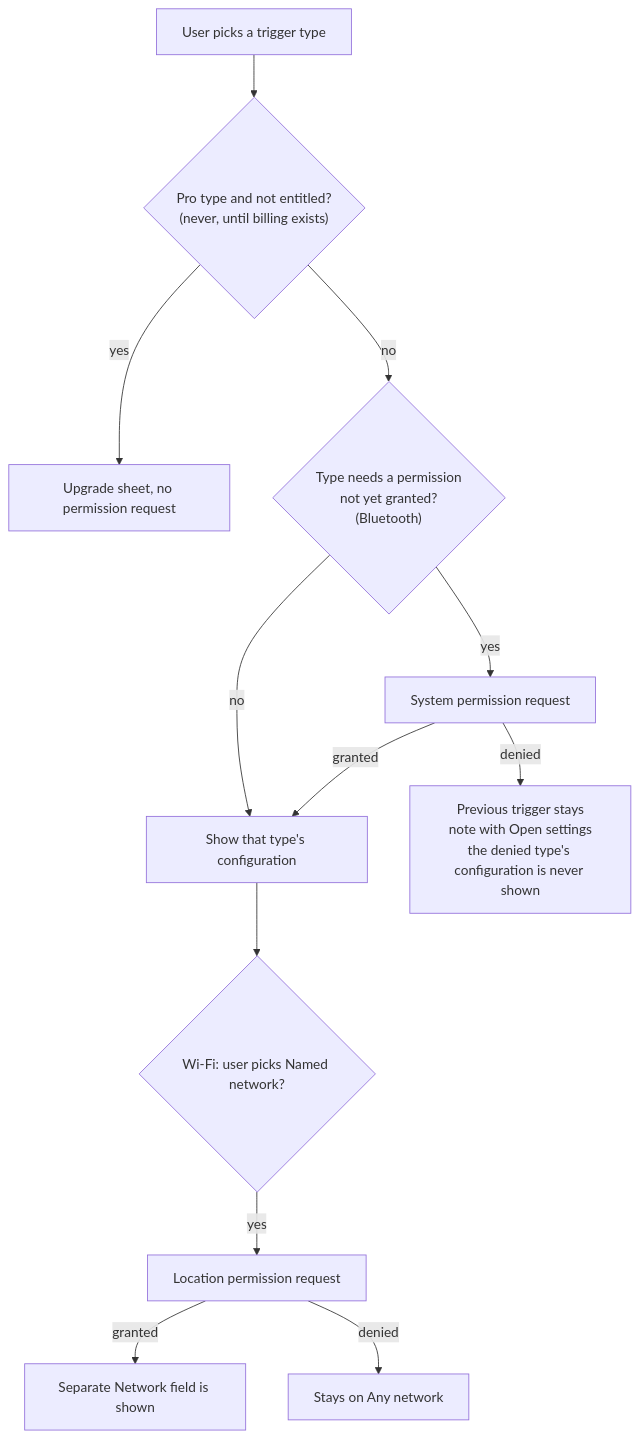
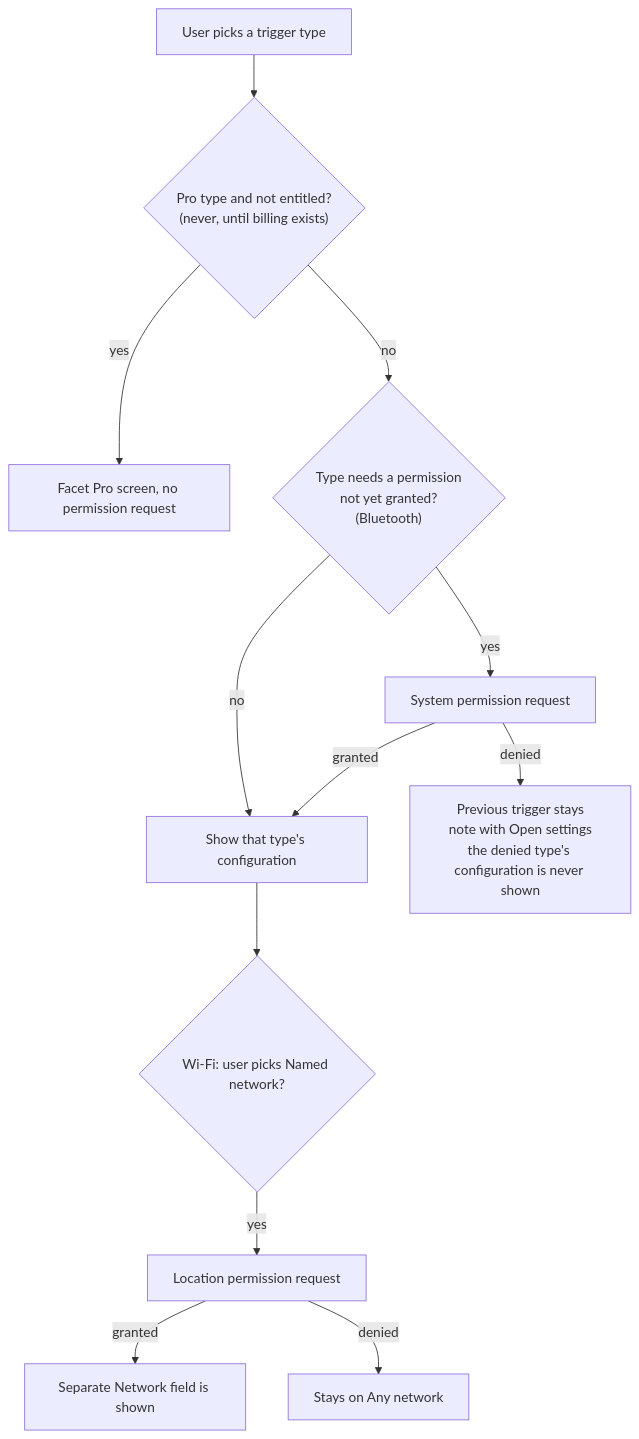
The sixth of 6 diagrams in docs/architecture/15-flow-facet-automation.md (rohitganjam/facet-launcher), drawn with Mermaid before and after one commit. The commit also changed other lines of this file and 70 other files, not shown here.

First line of the commit message:
Add Facet Pro screen and Settings card, Pro entitlement gating, debug override, square 12dp buttons

````diff
--- a/docs/architecture/15-flow-facet-automation.md
+++ b/docs/architecture/15-flow-facet-automation.md
@@ -536,14 +536,14 @@
 ```mermaid
 flowchart TB
     A["User picks a trigger type"] --> B{"Pro type and not entitled?\n(never, until billing exists)"}
-    B -- yes --> U["Upgrade sheet, no permission request"]
+    B -- yes --> U["Facet Pro screen, no permission request"]
     B -- no --> C{"Type needs a permission\nnot yet granted?\n(Bluetooth)"}
     C -- no --> OK["Show that type's configuration"]
     C -- yes --> R["System permission request"]
     R -- granted --> OK
     R -- denied --> S["Previous trigger stays\nnote with Open settings\nthe denied type's configuration is never shown"]
     OK --> W{"Wi-Fi: user picks Named network?"}
     W -- yes --> L["Location permission request"]
     L -- granted --> N["Separate Network field is shown"]
     L -- denied --> AN["Stays on Any network"]
 ```
````
